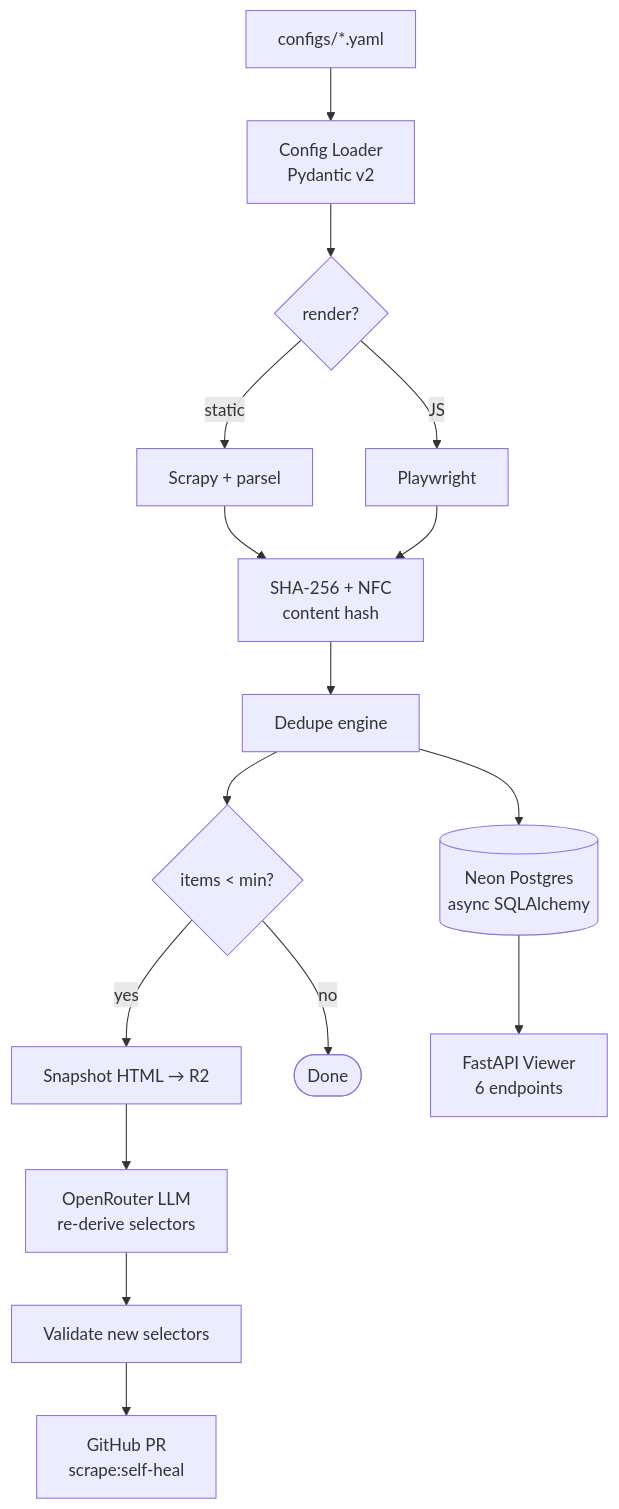
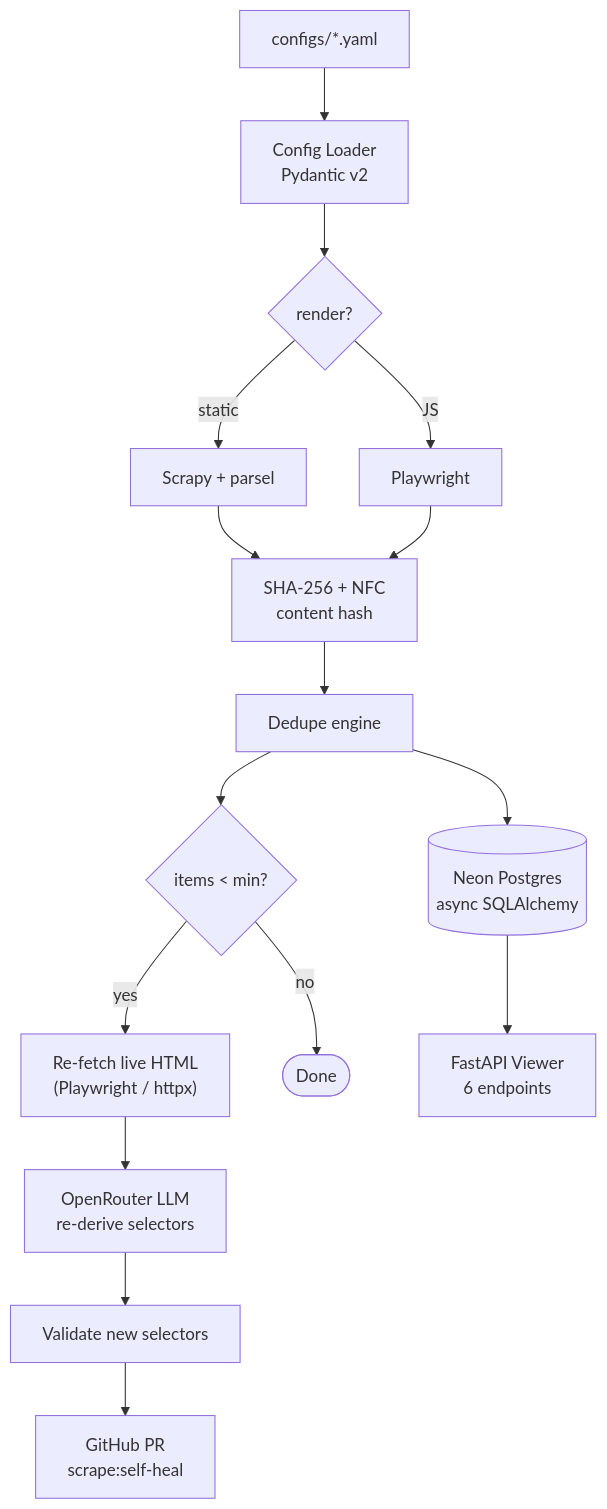
The fourth of 4 diagrams in README.md (Abdul-Muizz1310/magpie-backend), drawn with Mermaid before and after one commit. The commit also changed other lines of this file and 1 other file, not shown here.

First line of the commit message:
docs: scope R2 snapshot archiving as future; document the real heal source

````diff
--- a/README.md
+++ b/README.md
@@ -138,18 +137,18 @@
 ```mermaid
 flowchart TD
     YAML["configs/*.yaml"] --> Loader["Config Loader<br/>Pydantic v2"]
     Loader --> Factory{"render?"}
     Factory -- "static" --> Scrapy["Scrapy + parsel"]
     Factory -- "JS" --> PW["Playwright"]
     Scrapy --> Hash["SHA-256 + NFC<br/>content hash"]
     PW --> Hash
     Hash --> Dedupe["Dedupe engine"]
     Dedupe --> DB[("Neon Postgres<br/>async SQLAlchemy")]
     Dedupe --> Check{"items < min?"}
-    Check -- "yes" --> Snapshot["Snapshot HTML → R2"]
-    Snapshot --> LLM["OpenRouter LLM<br/>re-derive selectors"]
+    Check -- "yes" --> Refetch["Re-fetch live HTML<br/>(Playwright / httpx)"]
+    Refetch --> LLM["OpenRouter LLM<br/>re-derive selectors"]
     LLM --> Validate["Validate new selectors"]
     Validate --> PR["GitHub PR<br/>scrape:self-heal"]
     Check -- "no" --> Done([Done])
     DB --> API["FastAPI Viewer<br/>6 endpoints"]
 ```
````
